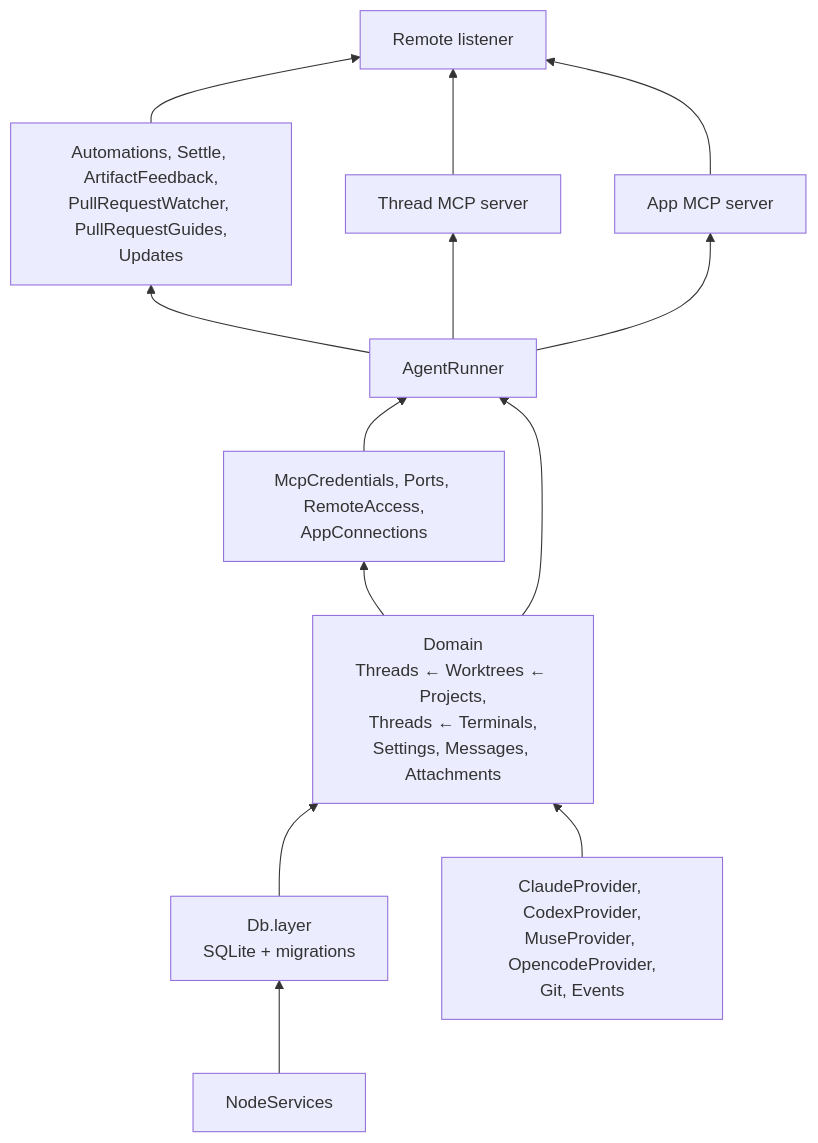
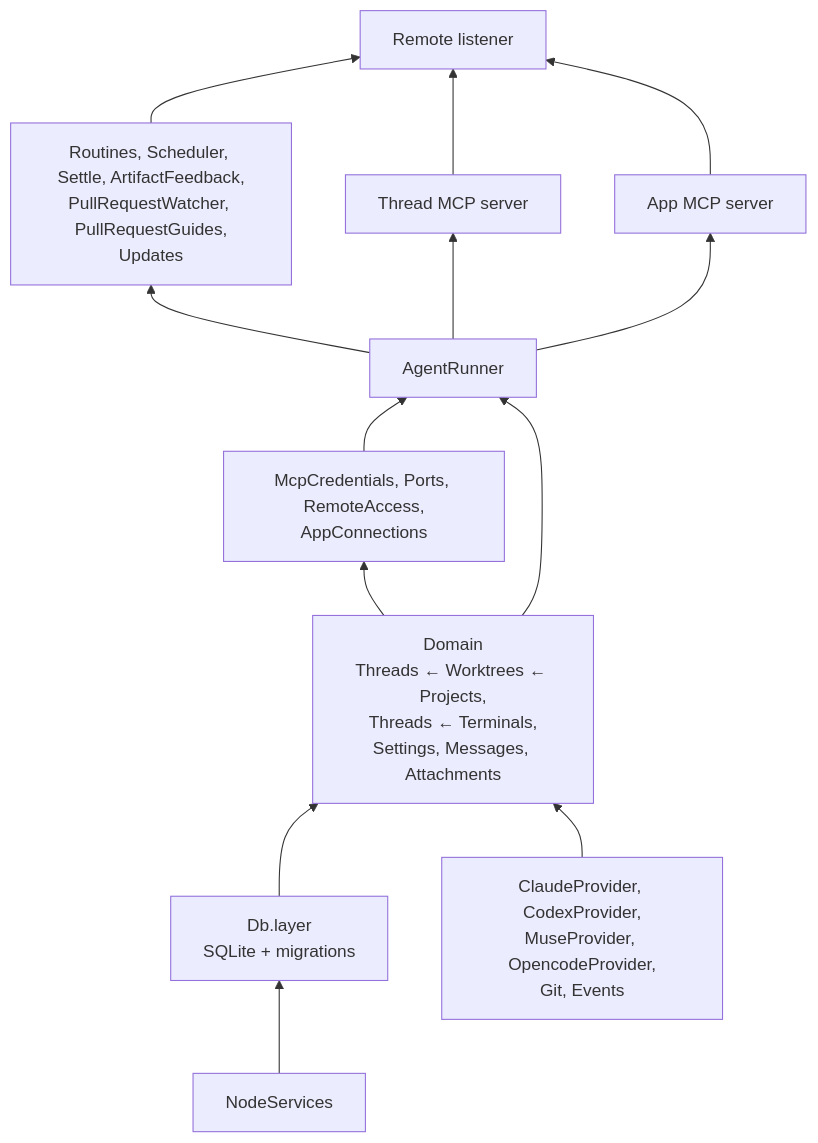
One commit to hinadev-ai/hinacode changed the fourth of 19 diagrams in docs/arch.md. Above: the diagram before and after it, drawn with Mermaid. The commit also changed other lines of this file and 99 other files, not shown here.

First line of the commit message:
feat(routines): replace automations with scheduled routines (#831)

````diff
--- a/docs/arch.md
+++ b/docs/arch.md
@@ -134,22 +133,22 @@
 ```mermaid
 flowchart BT
   node["NodeServices"]
   db["Db.layer<br/>SQLite + migrations"]
   infra["ClaudeProvider, CodexProvider,<br/>MuseProvider, OpencodeProvider,<br/>Git, Events"]
   domain["Domain<br/>Threads ← Worktrees ← Projects,<br/>Threads ← Terminals,<br/>Settings, Messages, Attachments"]
   features["McpCredentials, Ports, RemoteAccess,<br/>AppConnections"]
   runner["AgentRunner"]
-  autos["Automations, Settle, ArtifactFeedback,<br/>PullRequestWatcher, PullRequestGuides,<br/>Updates"]
+  autos["Routines, Scheduler, Settle, ArtifactFeedback,<br/>PullRequestWatcher, PullRequestGuides,<br/>Updates"]
   mcp["Thread MCP server"]
   apps["App MCP server"]
   remote["Remote listener"]
 
   node --> db --> domain
   infra --> domain
   domain --> features --> runner
   domain --> runner
   runner --> autos
   runner --> mcp
   runner --> apps
   autos & mcp & apps --> remote
 ```
````
